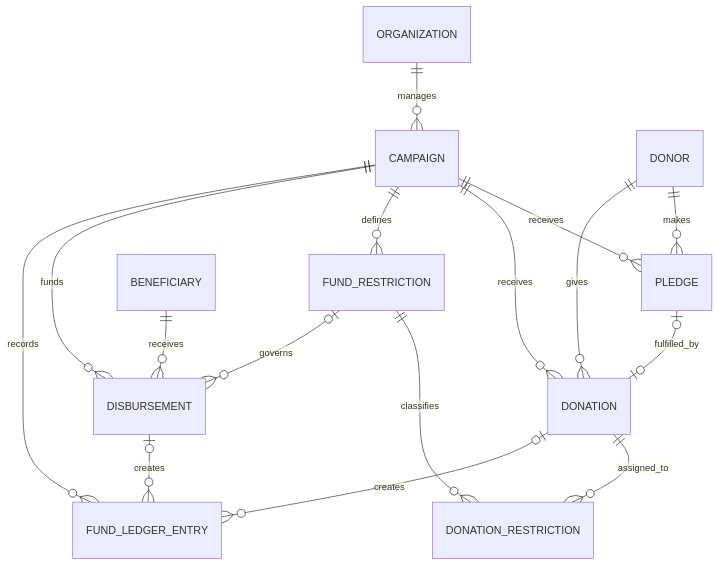
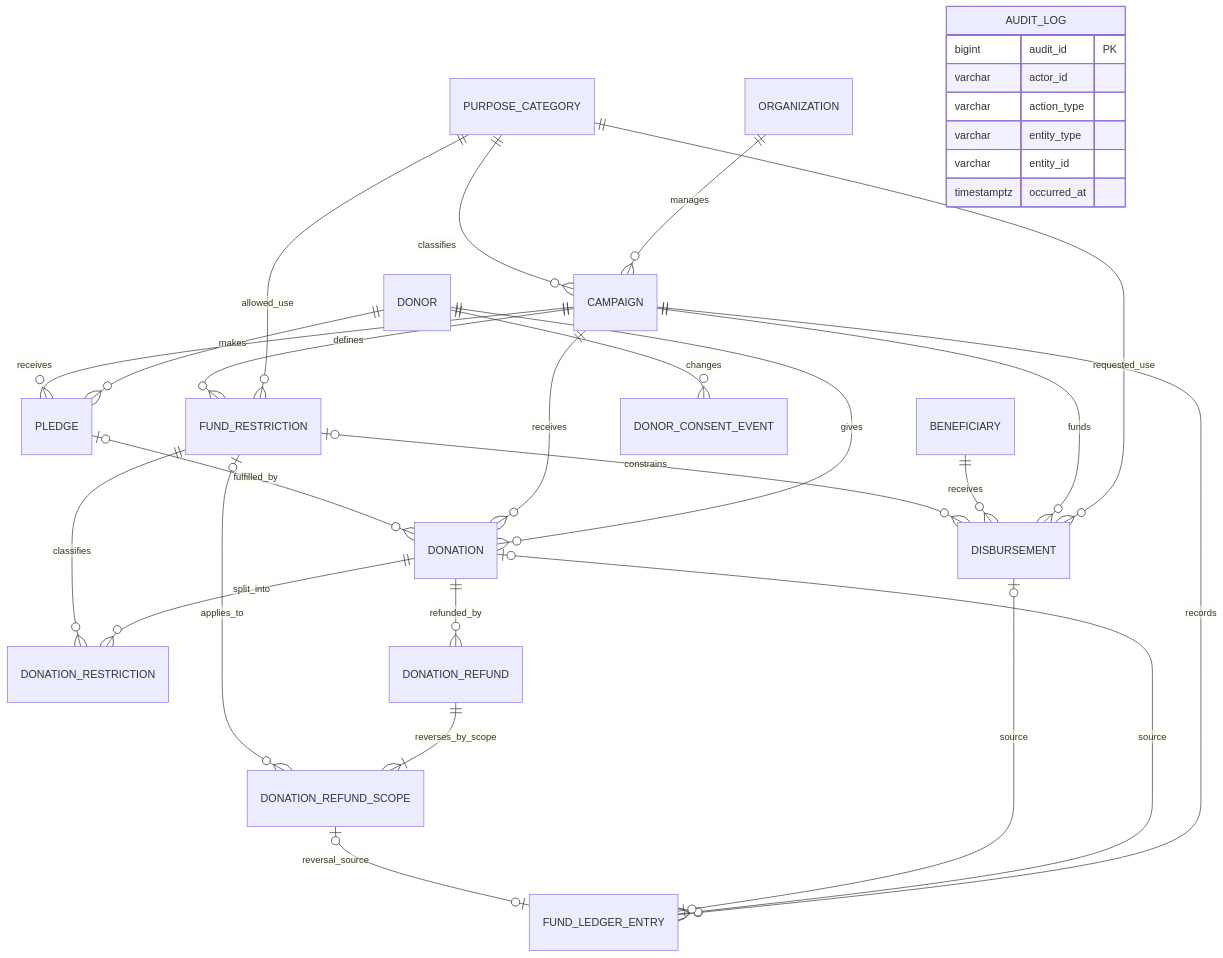
One commit to ayanshusaxena/charity-donation-beneficiary-portal changed the second of 2 diagrams in docs/er-model.md. Above: the diagram before and after it, drawn with Mermaid. The commit also changed other lines of this file and 45 other files, not shown here.

````diff
--- a/docs/er-model.md
+++ b/docs/er-model.md
@@ -7,18 +25,34 @@
 ```mermaid
 erDiagram
     ORGANIZATION ||--o{ CAMPAIGN : manages
+    PURPOSE_CATEGORY ||--o{ CAMPAIGN : classifies
+    PURPOSE_CATEGORY ||--o{ FUND_RESTRICTION : allowed_use
+    PURPOSE_CATEGORY ||--o{ DISBURSEMENT : requested_use
     DONOR ||--o{ PLEDGE : makes
     CAMPAIGN ||--o{ PLEDGE : receives
     DONOR ||--o{ DONATION : gives
     CAMPAIGN ||--o{ DONATION : receives
-    PLEDGE o|--o| DONATION : fulfilled_by
+    PLEDGE o|--o{ DONATION : fulfilled_by
     CAMPAIGN ||--o{ FUND_RESTRICTION : defines
-    DONATION ||--o{ DONATION_RESTRICTION : assigned_to
+    DONATION ||--o{ DONATION_RESTRICTION : split_into
     FUND_RESTRICTION ||--o{ DONATION_RESTRICTION : classifies
+    DONATION ||--o{ DONATION_REFUND : refunded_by
+    DONATION_REFUND ||--|{ DONATION_REFUND_SCOPE : reverses_by_scope
+    FUND_RESTRICTION o|--o{ DONATION_REFUND_SCOPE : applies_to
     CAMPAIGN ||--o{ DISBURSEMENT : funds
     BENEFICIARY ||--o{ DISBURSEMENT : receives
-    FUND_RESTRICTION o|--o{ DISBURSEMENT : governs
+    FUND_RESTRICTION o|--o{ DISBURSEMENT : constrains
     CAMPAIGN ||--o{ FUND_LEDGER_ENTRY : records
-    DONATION o|--o{ FUND_LEDGER_ENTRY : creates
-    DISBURSEMENT o|--o{ FUND_LEDGER_ENTRY : creates
+    DONATION o|--o{ FUND_LEDGER_ENTRY : source
+    DISBURSEMENT o|--o| FUND_LEDGER_ENTRY : source
+    DONATION_REFUND_SCOPE o|--o| FUND_LEDGER_ENTRY : reversal_source
+    DONOR ||--o{ DONOR_CONSENT_EVENT : changes
+    AUDIT_LOG {
+        bigint audit_id PK
+        varchar actor_id
+        varchar action_type
+        varchar entity_type
+        varchar entity_id
+        timestamptz occurred_at
+    }
 ```
````
